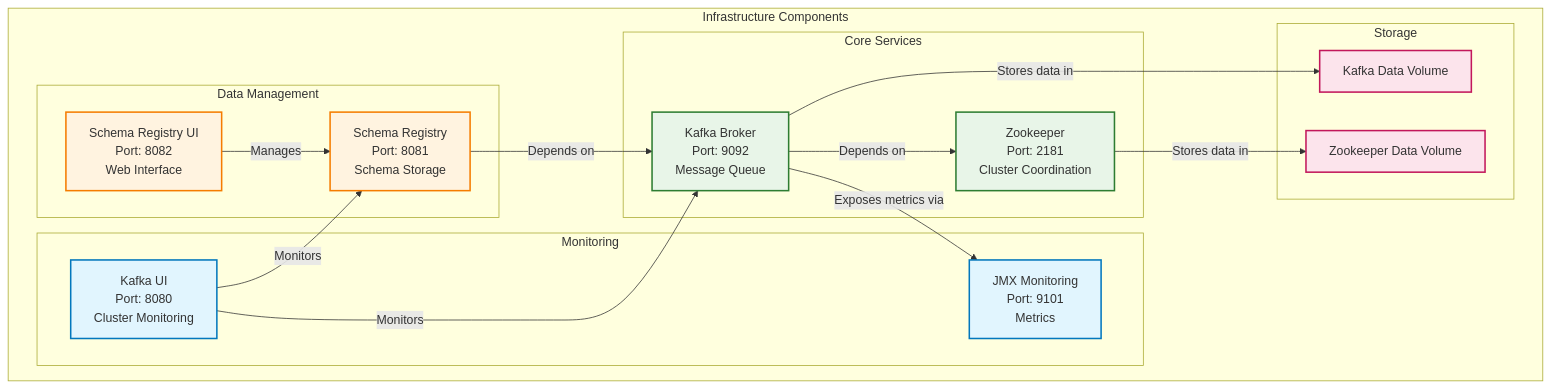
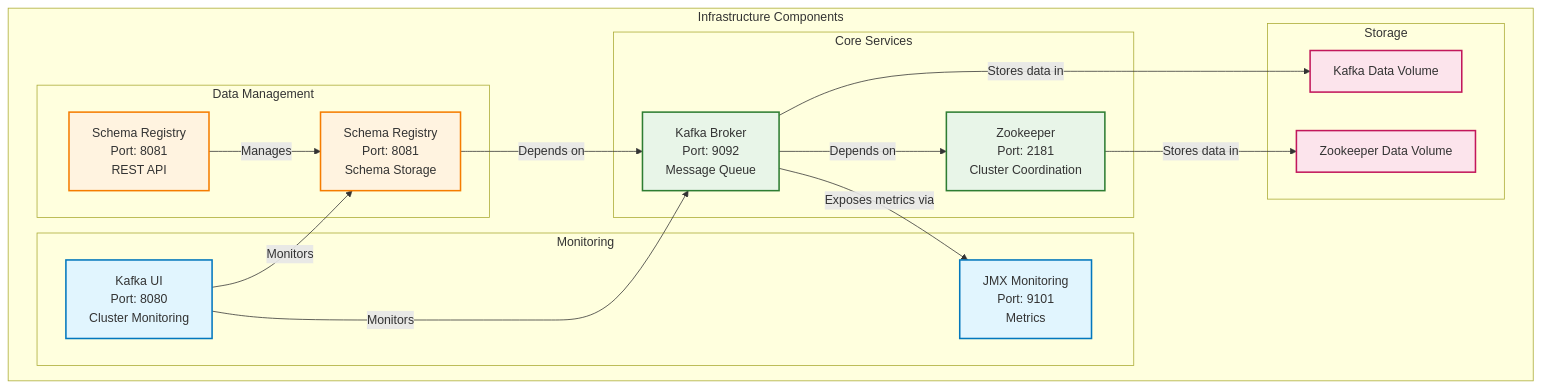
The sixth of 8 diagrams in readme/ARCHITECTURE_DIAGRAM.md (gsmirnov94/kafka-demo), drawn with Mermaid before and after one commit. The commit also changed other lines of this file and 9 other files, not shown here.

````diff
--- a/readme/ARCHITECTURE_DIAGRAM.md
+++ b/readme/ARCHITECTURE_DIAGRAM.md
@@ -291,49 +290,49 @@
 ```mermaid
 graph TB
     subgraph "Infrastructure Components"
         subgraph "Core Services"
             ZK[Zookeeper<br/>Port: 2181<br/>Cluster Coordination]
             KAFKA[Kafka Broker<br/>Port: 9092<br/>Message Queue]
         end
         
         subgraph "Data Management"
             SR[Schema Registry<br/>Port: 8081<br/>Schema Storage]
-            SR_UI[Schema Registry UI<br/>Port: 8082<br/>Web Interface]
+            SR_UI[Schema Registry<br/>Port: 8081<br/>REST API]
         end
         
         subgraph "Monitoring"
             KUI[Kafka UI<br/>Port: 8080<br/>Cluster Monitoring]
             JMX[JMX Monitoring<br/>Port: 9101<br/>Metrics]
         end
         
         subgraph "Storage"
             KAFKA_DATA[Kafka Data Volume]
             ZK_DATA[Zookeeper Data Volume]
         end
     end
     
     %% Dependencies
     KAFKA -->|Depends on| ZK
     SR -->|Depends on| KAFKA
     KUI -->|Monitors| KAFKA
     KUI -->|Monitors| SR
     SR_UI -->|Manages| SR
     
     %% Storage
     KAFKA -->|Stores data in| KAFKA_DATA
     ZK -->|Stores data in| ZK_DATA
     
     %% Monitoring
     KAFKA -->|Exposes metrics via| JMX
     
     %% Styling
     classDef core fill:#e8f5e8,stroke:#2e7d32,stroke-width:2px
     classDef data fill:#fff3e0,stroke:#f57c00,stroke-width:2px
     classDef monitoring fill:#e1f5fe,stroke:#0277bd,stroke-width:2px
     classDef storage fill:#fce4ec,stroke:#c2185b,stroke-width:2px
     
     class ZK,KAFKA core
     class SR,SR_UI data
     class KUI,JMX monitoring
     class KAFKA_DATA,ZK_DATA storage
 ```
````
